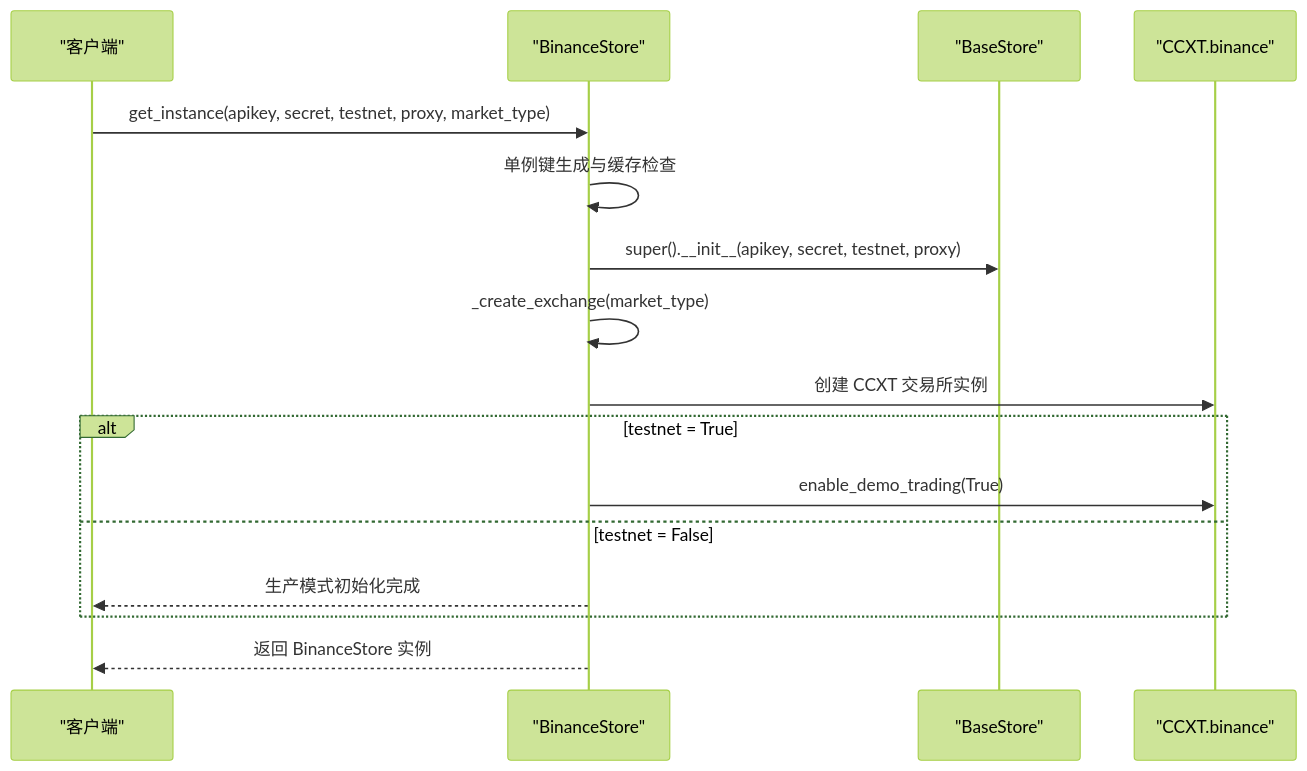
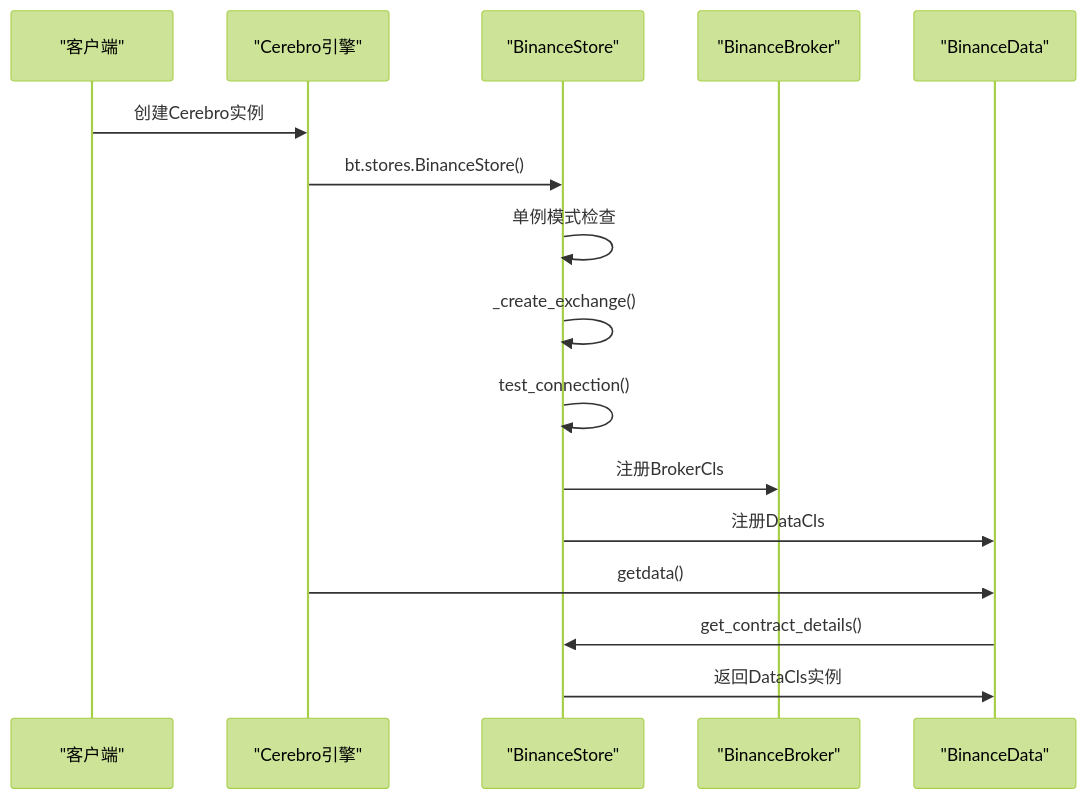
Before and after one commit to bench-prog/backtrader: the second of 6 diagrams in .qoder/repowiki/zh/content/实盘交易模块/Binance交易所集成/BinanceStore存储层.md, drawn with Mermaid (forest theme). The commit also changed other lines of this file and 23 other files, not shown here.

````diff
--- a/.qoder/repowiki/zh/content/实盘交易模块/Binance交易所集成/BinanceStore存储层.md
+++ b/.qoder/repowiki/zh/content/实盘交易模块/Binance交易所集成/BinanceStore存储层.md
@@ -94,18 +94,18 @@
 ```mermaid
 sequenceDiagram
 participant Client as "客户端"
+participant Cerebro as "Cerebro引擎"
 participant Store as "BinanceStore"
-participant Base as "BaseStore"
-participant CCXT as "CCXT.binance"
-Client->>Store : get_instance(apikey, secret, testnet, proxy, market_type)
-Store->>Store : 单例键生成与缓存检查
-Store->>Base : super().__init__(apikey, secret, testnet, proxy)
-Store->>Store : _create_exchange(market_type)
-Store->>CCXT : 创建 CCXT 交易所实例
-alt testnet = True
-Store->>CCXT : enable_demo_trading(True)
-else testnet = False
-Store-->>Client : 生产模式初始化完成
-end
-Store-->>Client : 返回 BinanceStore 实例
+participant Broker as "BinanceBroker"
+participant Data as "BinanceData"
+Client->>Cerebro : 创建Cerebro实例
+Cerebro->>Store : bt.stores.BinanceStore()
+Store->>Store : 单例模式检查
+Store->>Store : _create_exchange()
+Store->>Store : test_connection()
+Store->>Broker : 注册BrokerCls
+Store->>Data : 注册DataCls
+Cerebro->>Data : getdata()
+Data->>Store : get_contract_details()
+Store->>Data : 返回DataCls实例
 ```
````
